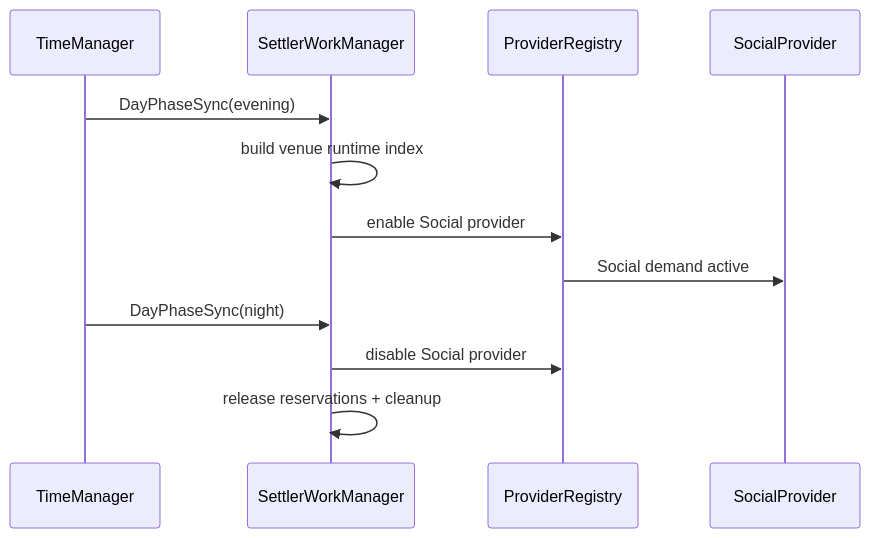
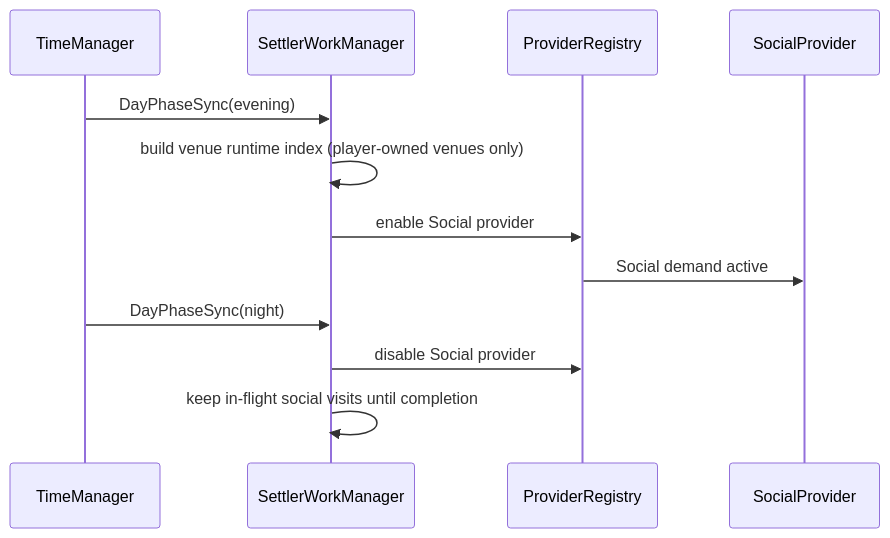
Before and after one commit to raburski/settlerpolis: the second of 3 diagrams in docs/brainstorm/progress/11_day_night_social_life_slots_technical.md, drawn with Mermaid. The commit also changed other lines of this file and 35 other files, not shown here.

Commit message:
Implement social visits and unify occupancy system

````diff
--- a/docs/brainstorm/progress/11_day_night_social_life_slots_technical.md
+++ b/docs/brainstorm/progress/11_day_night_social_life_slots_technical.md
@@ -200,16 +210,16 @@
 ```mermaid
 sequenceDiagram
   participant T as TimeManager
   participant W as SettlerWorkManager
   participant R as ProviderRegistry
   participant S as SocialProvider
 
   T->>W: DayPhaseSync(evening)
-  W->>W: build venue runtime index
+  W->>W: build venue runtime index (player-owned venues only)
   W->>R: enable Social provider
   R->>S: Social demand active
 
   T->>W: DayPhaseSync(night)
   W->>R: disable Social provider
-  W->>W: release reservations + cleanup
+  W->>W: keep in-flight social visits until completion
 ```
````
